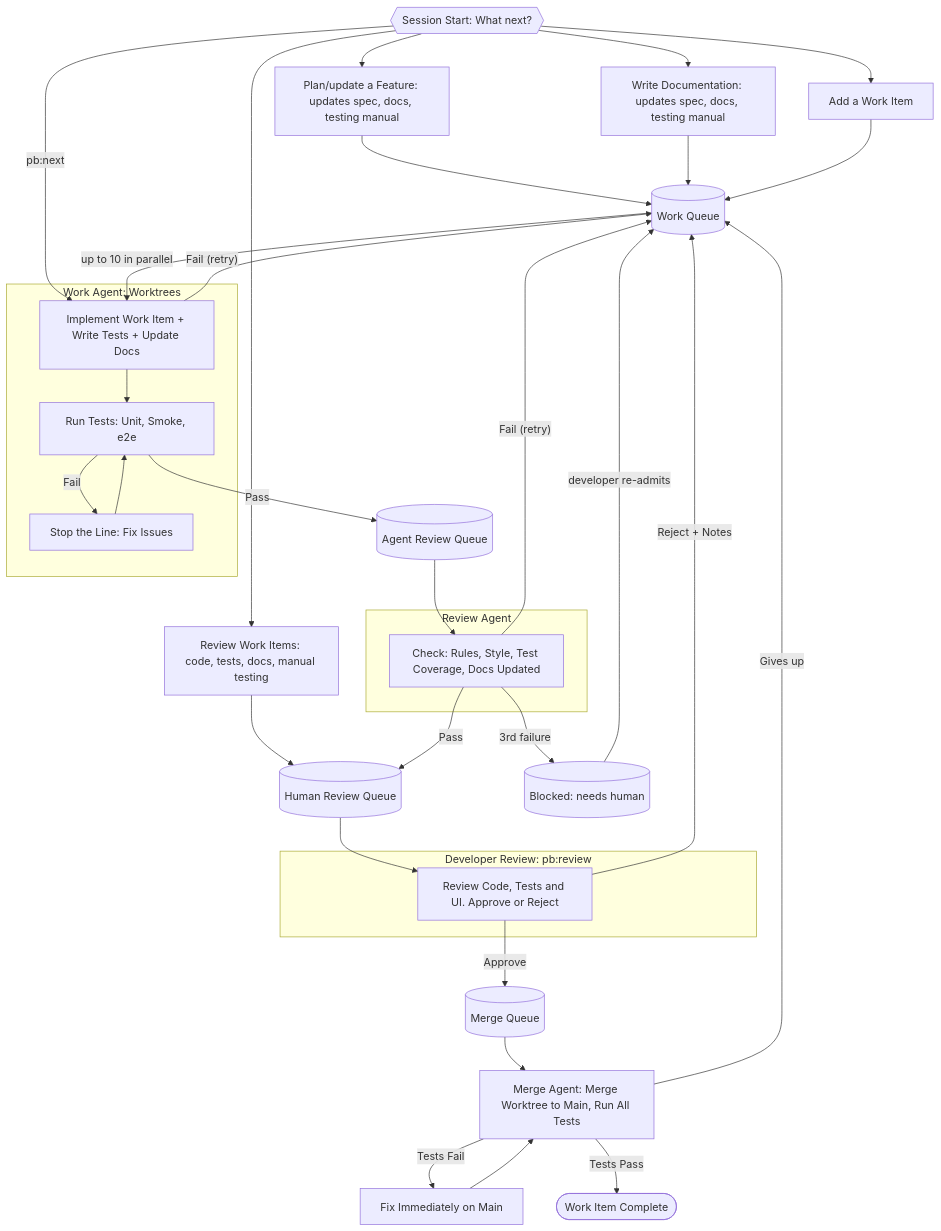
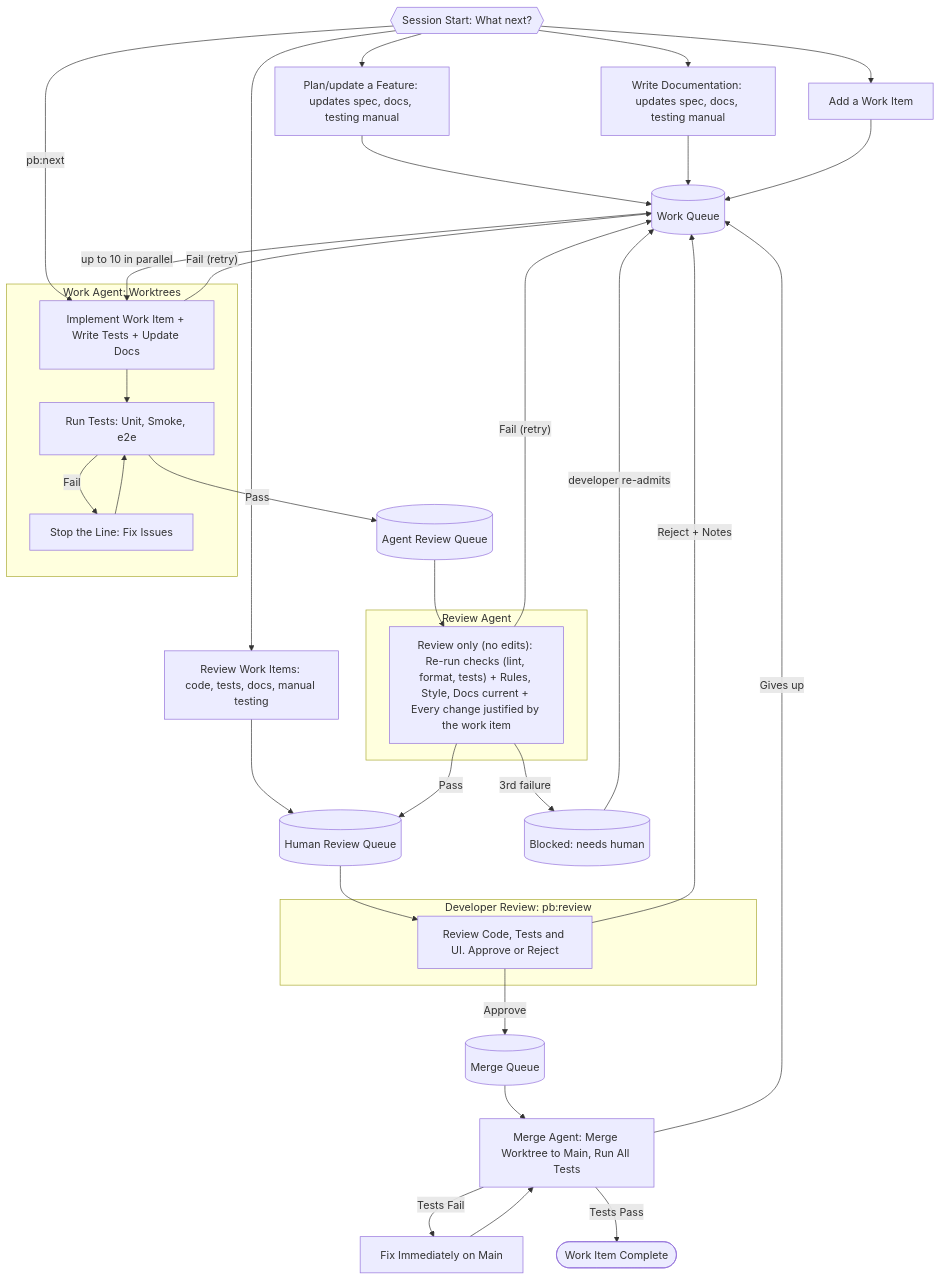
One commit to ashleydavis/playbook changed the diagram in handbook.md. Above: the diagram before and after it, drawn with Mermaid. The commit also changed other lines of this file and 2 other files, not shown here.

First line of the commit message:
Fixed doc inconsistencies and updated the pipeline diagram

````diff
--- a/handbook.md
+++ b/handbook.md
@@ -109,45 +109,45 @@
 ```mermaid
 flowchart TD
     SESSION{{"Session Start: What next?"}} --> PLAN
     SESSION --> DOCS
     SESSION --> ADD_WI
     SESSION --> REVIEW_WI
     SESSION -->|pb:next| IMPL
 
     PLAN["Plan/update a Feature: updates spec, docs, testing manual"] --> WQ
     DOCS["Write Documentation: updates spec, docs, testing manual"] --> WQ
     ADD_WI["Add a Work Item"] --> WQ
     REVIEW_WI["Review Work Items: code, tests, docs, manual testing"] --> HR
 
     WQ[("Work Queue")] -->|"up to 10 in parallel"| IMPL
 
     subgraph WorkAgent ["Work Agent: Worktrees"]
         IMPL["Implement Work Item + Write Tests + Update Docs"] --> RT["Run Tests: Unit, Smoke, e2e"]
         RT -->|Fail| STL["Stop the Line: Fix Issues"]
         STL --> RT
     end
 
     subgraph ReviewAgent ["Review Agent"]
-        CHK["Check: Rules, Style, Test Coverage, Docs Updated"]
+        CHK["Review only (no edits): Re-run checks (lint, format, tests) + Rules, Style, Docs current + Every change justified by the work item"]
     end
 
     subgraph DevReview ["Developer Review: pb:review"]
         VIEW["Review Code, Tests and UI. Approve or Reject"]
     end
 
     RT -->|Pass| AR[("Agent Review Queue")]
     AR --> CHK
     CHK -->|"Fail (retry)"| WQ
     CHK -->|"3rd failure"| BLK[("Blocked: needs human")]
     CHK -->|Pass| HR[("Human Review Queue")]
     HR --> VIEW
     VIEW -->|Reject + Notes| WQ
     VIEW -->|Approve| MQ[("Merge Queue")]
     MQ --> MA["Merge Agent: Merge Worktree to Main, Run All Tests"]
     MA -->|Tests Fail| FIX["Fix Immediately on Main"]
     FIX --> MA
     MA -->|"Gives up"| WQ
     MA -->|Tests Pass| DONE(["Work Item Complete"])
     IMPL -->|"Fail (retry)"| WQ
     BLK -->|"developer re-admits"| WQ
 ```
````
